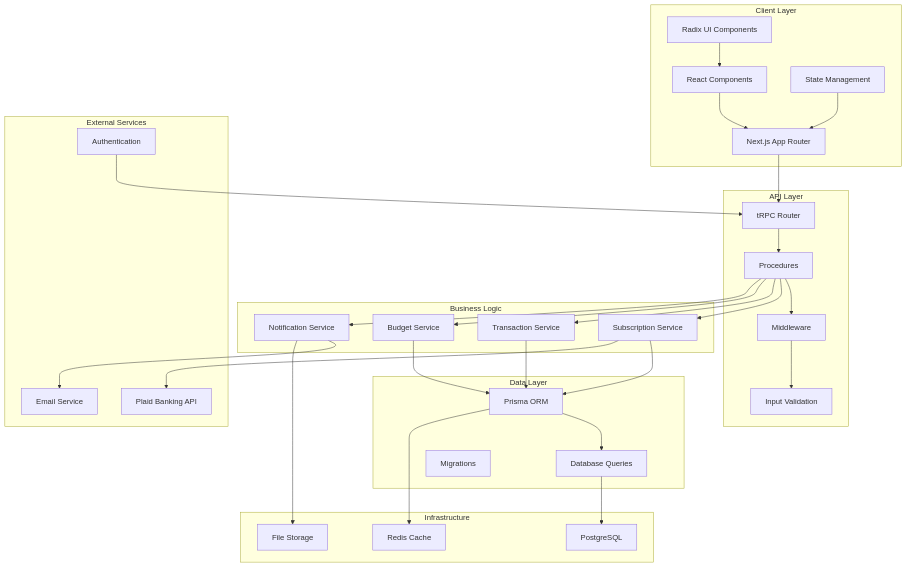
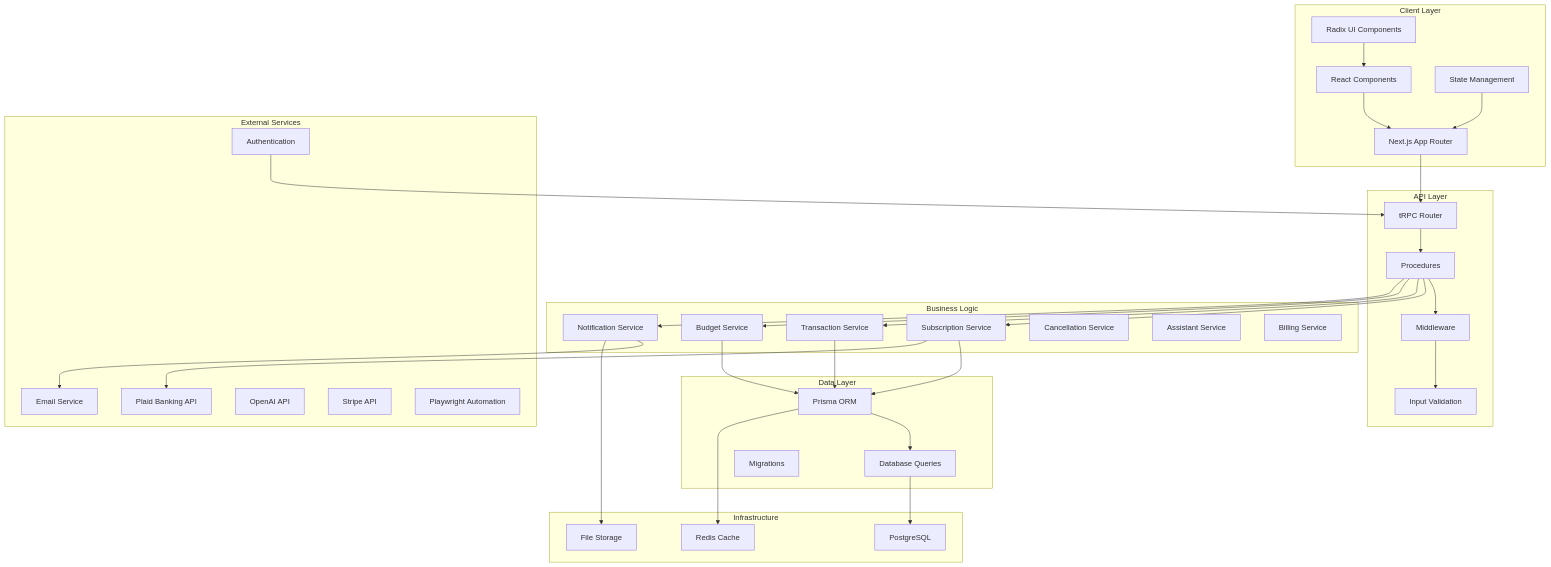
The first of 15 diagrams in ref_docs/system_architecture.md (doublegate/SubPilot-App), drawn with Mermaid before and after one commit. The commit also changed 5 other files, not shown here.

````diff
--- a/ref_docs/system_architecture.md
+++ b/ref_docs/system_architecture.md
@@ -7,63 +7,69 @@
 ```mermaid
 graph TB
     subgraph "Client Layer"
         A[Next.js App Router]
         B[React Components]
         C[Radix UI Components]
         D[State Management]
     end
     
     subgraph "API Layer"
         E[tRPC Router]
         F[Procedures]
         G[Middleware]
         H[Input Validation]
     end
     
     subgraph "Business Logic"
         I[Subscription Service]
         J[Transaction Service]
         K[Budget Service]
         L[Notification Service]
+        M1[Cancellation Service]
+        M2[Assistant Service]
+        M3[Billing Service]
     end
     
     subgraph "Data Layer"
         M[Prisma ORM]
         N[Database Queries]
         O[Migrations]
     end
     
     subgraph "External Services"
         P[Plaid Banking API]
         Q[Email Service]
         R[Authentication]
+        V[OpenAI API]
+        W[Stripe API]
+        X[Playwright Automation]
     end
     
     subgraph "Infrastructure"
         S[PostgreSQL]
         T[Redis Cache]
         U[File Storage]
     end
     
     A --> E
     B --> A
     C --> B
     D --> A
     E --> F
     F --> G
     G --> H
     F --> I
     F --> J
     F --> K
     F --> L
     I --> M
     J --> M
     K --> M
     L --> Q
     M --> N
     N --> S
     I --> P
     R --> E
     M --> T
     L --> U
 ```
````
